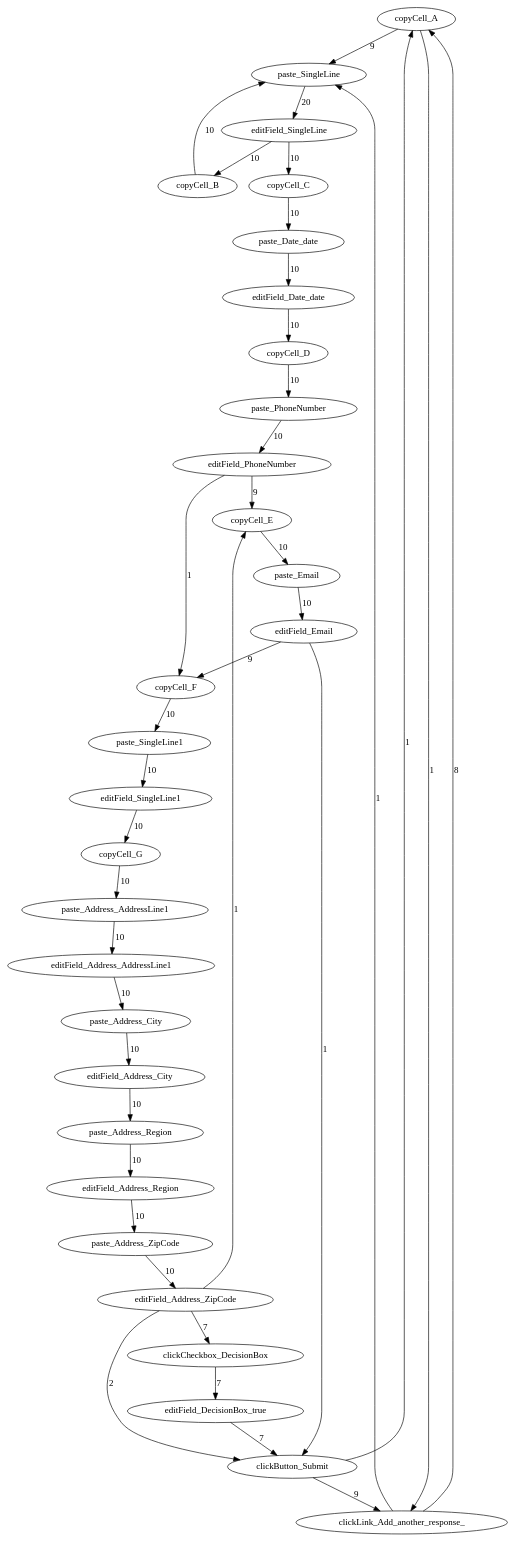
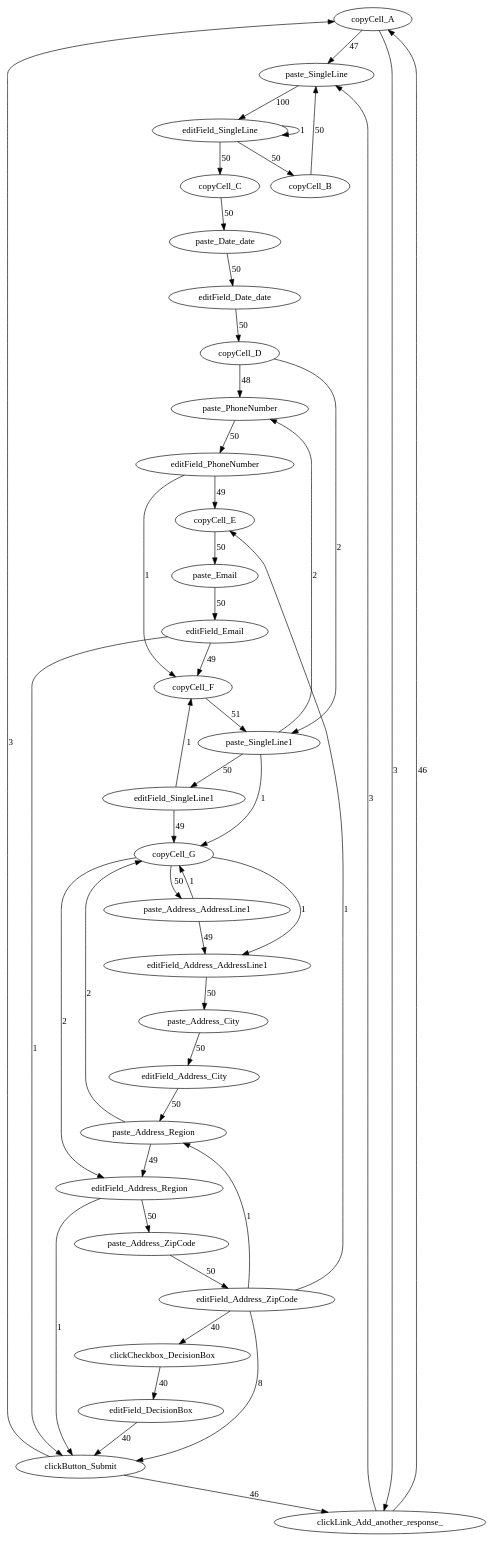
Before and after one commit to volodymyrLeno/RPM_Segmentator: the diagram in TEMP.dot, drawn with Graphviz. The commit also changed 10 other files, not shown here.

```diff
--- a/TEMP.dot
+++ b/TEMP.dot
@@ -1,39 +1,50 @@
 digraph g {
-   copyCell_A -> paste_SingleLine [label=9];
-   paste_SingleLine -> editField_SingleLine [label=20];
-   editField_SingleLine -> copyCell_B [label=10];
-   copyCell_B -> paste_SingleLine [label=10];
-   editField_SingleLine -> copyCell_C [label=10];
-   copyCell_C -> paste_Date_date [label=10];
-   paste_Date_date -> editField_Date_date [label=10];
-   editField_Date_date -> copyCell_D [label=10];
-   copyCell_D -> paste_PhoneNumber [label=10];
-   paste_PhoneNumber -> editField_PhoneNumber [label=10];
-   editField_PhoneNumber -> copyCell_E [label=9];
-   copyCell_E -> paste_Email [label=10];
-   paste_Email -> editField_Email [label=10];
-   editField_Email -> copyCell_F [label=9];
-   copyCell_F -> paste_SingleLine1 [label=10];
-   paste_SingleLine1 -> editField_SingleLine1 [label=10];
-   editField_SingleLine1 -> copyCell_G [label=10];
-   copyCell_G -> paste_Address_AddressLine1 [label=10];
-   paste_Address_AddressLine1 -> editField_Address_AddressLine1 [label=10];
-   editField_Address_AddressLine1 -> paste_Address_City [label=10];
-   paste_Address_City -> editField_Address_City [label=10];
-   editField_Address_City -> paste_Address_Region [label=10];
-   paste_Address_Region -> editField_Address_Region [label=10];
-   editField_Address_Region -> paste_Address_ZipCode [label=10];
-   paste_Address_ZipCode -> editField_Address_ZipCode [label=10];
-   editField_Address_ZipCode -> clickButton_Submit [label=2];
-   clickButton_Submit -> clickLink_Add_another_response_ [label=9];
-   clickLink_Add_another_response_ -> copyCell_A [label=8];
-   editField_Address_ZipCode -> clickCheckbox_DecisionBox [label=7];
-   clickCheckbox_DecisionBox -> editField_DecisionBox_true [label=7];
-   editField_DecisionBox_true -> clickButton_Submit [label=7];
+   copyCell_A -> paste_SingleLine [label=47];
+   paste_SingleLine -> editField_SingleLine [label=100];
+   editField_SingleLine -> copyCell_B [label=50];
+   copyCell_B -> paste_SingleLine [label=50];
+   editField_SingleLine -> copyCell_C [label=50];
+   copyCell_C -> paste_Date_date [label=50];
+   paste_Date_date -> editField_Date_date [label=50];
+   editField_Date_date -> copyCell_D [label=50];
+   copyCell_D -> paste_PhoneNumber [label=48];
+   paste_PhoneNumber -> editField_PhoneNumber [label=50];
+   editField_PhoneNumber -> copyCell_E [label=49];
+   copyCell_E -> paste_Email [label=50];
+   paste_Email -> editField_Email [label=50];
+   editField_Email -> copyCell_F [label=49];
+   copyCell_F -> paste_SingleLine1 [label=51];
+   paste_SingleLine1 -> editField_SingleLine1 [label=50];
+   editField_SingleLine1 -> copyCell_G [label=49];
+   copyCell_G -> paste_Address_AddressLine1 [label=50];
+   paste_Address_AddressLine1 -> editField_Address_AddressLine1 [label=49];
+   editField_Address_AddressLine1 -> paste_Address_City [label=50];
+   paste_Address_City -> editField_Address_City [label=50];
+   editField_Address_City -> paste_Address_Region [label=50];
+   paste_Address_Region -> editField_Address_Region [label=49];
+   editField_Address_Region -> paste_Address_ZipCode [label=50];
+   paste_Address_ZipCode -> editField_Address_ZipCode [label=50];
+   editField_Address_ZipCode -> clickButton_Submit [label=8];
+   clickButton_Submit -> clickLink_Add_another_response_ [label=46];
+   clickLink_Add_another_response_ -> copyCell_A [label=46];
+   editField_Address_ZipCode -> clickCheckbox_DecisionBox [label=40];
+   clickCheckbox_DecisionBox -> editField_DecisionBox [label=40];
+   editField_DecisionBox -> clickButton_Submit [label=40];
    editField_PhoneNumber -> copyCell_F [label=1];
    editField_Address_ZipCode -> copyCell_E [label=1];
    editField_Email -> clickButton_Submit [label=1];
-   clickButton_Submit -> copyCell_A [label=1];
-   copyCell_A -> clickLink_Add_another_response_ [label=1];
-   clickLink_Add_another_response_ -> paste_SingleLine [label=1];
+   clickButton_Submit -> copyCell_A [label=3];
+   copyCell_A -> clickLink_Add_another_response_ [label=3];
+   clickLink_Add_another_response_ -> paste_SingleLine [label=3];
+   paste_Address_Region -> copyCell_G [label=2];
+   copyCell_G -> editField_Address_Region [label=2];
+   paste_Address_AddressLine1 -> copyCell_G [label=1];
+   copyCell_G -> editField_Address_AddressLine1 [label=1];
+   copyCell_D -> paste_SingleLine1 [label=2];
+   paste_SingleLine1 -> paste_PhoneNumber [label=2];
+   editField_SingleLine1 -> copyCell_F [label=1];
+   paste_SingleLine1 -> copyCell_G [label=1];
+   editField_SingleLine -> editField_SingleLine [label=1];
+   editField_Address_ZipCode -> paste_Address_Region [label=1];
+   editField_Address_Region -> clickButton_Submit [label=1];
 }
```
